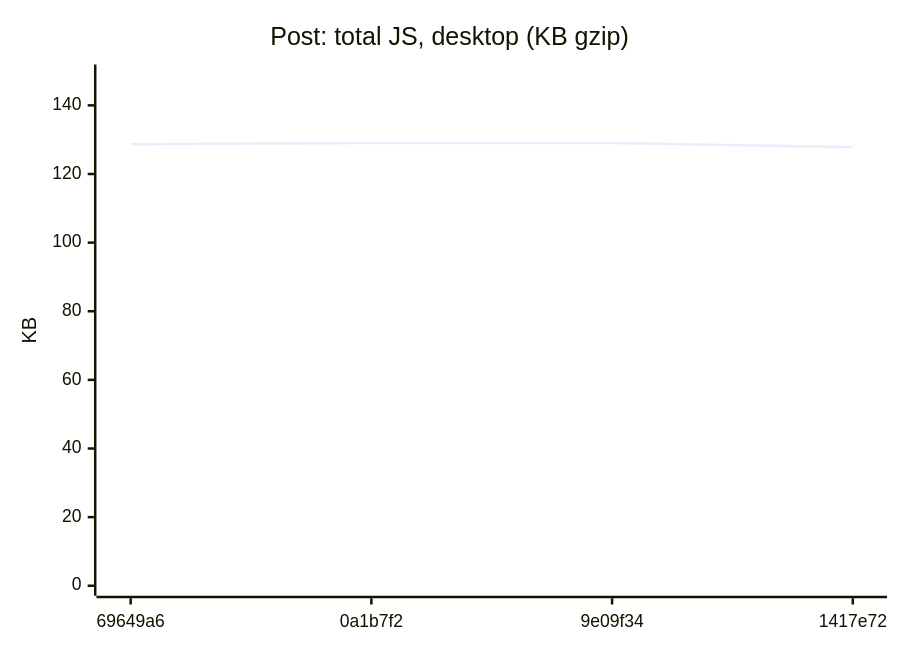
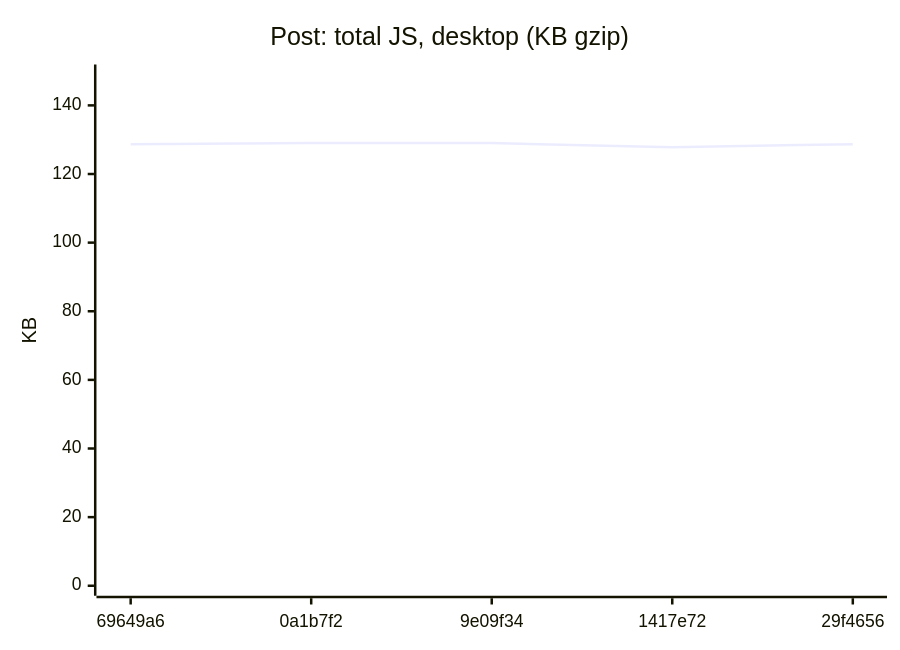
One commit to AxelUser/maltsev.space changed diagram 11 of 18 in README.md. Above: the diagram before and after it, drawn with Mermaid. The commit also changed other lines of this file and 1 other file, not shown here.

````diff
--- a/README.md
+++ b/README.md
@@ -125,7 +125,7 @@
 ```mermaid
 xychart-beta
   title "Post: total JS, desktop (KB gzip)"
-  x-axis ["69649a6", "0a1b7f2", "9e09f34", "1417e72"]
+  x-axis ["69649a6", "0a1b7f2", "9e09f34", "1417e72", "29f4656"]
   y-axis "KB" 0 --> 149
-  line [128.7, 129, 129, 127.8]
+  line [128.7, 129, 129, 127.8, 128.7]
 ```
````
